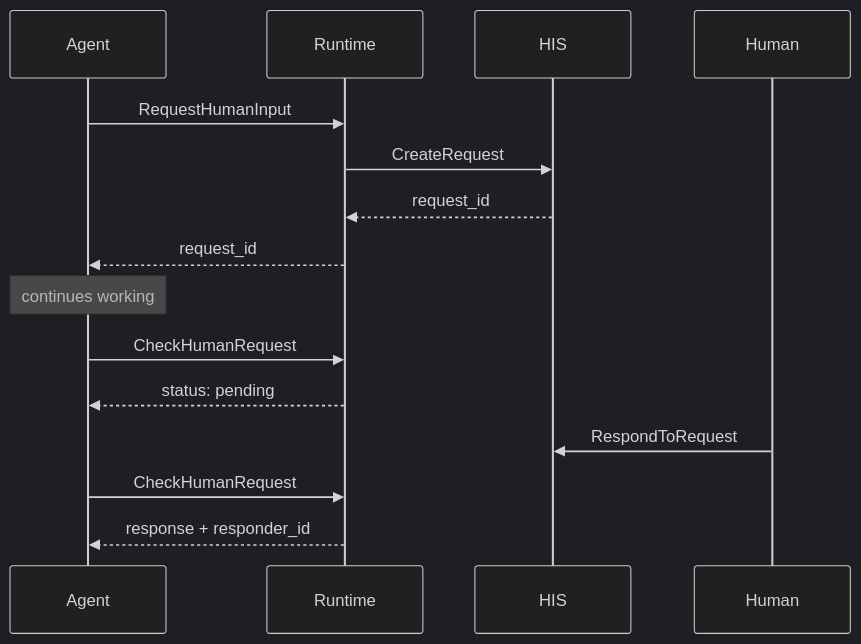
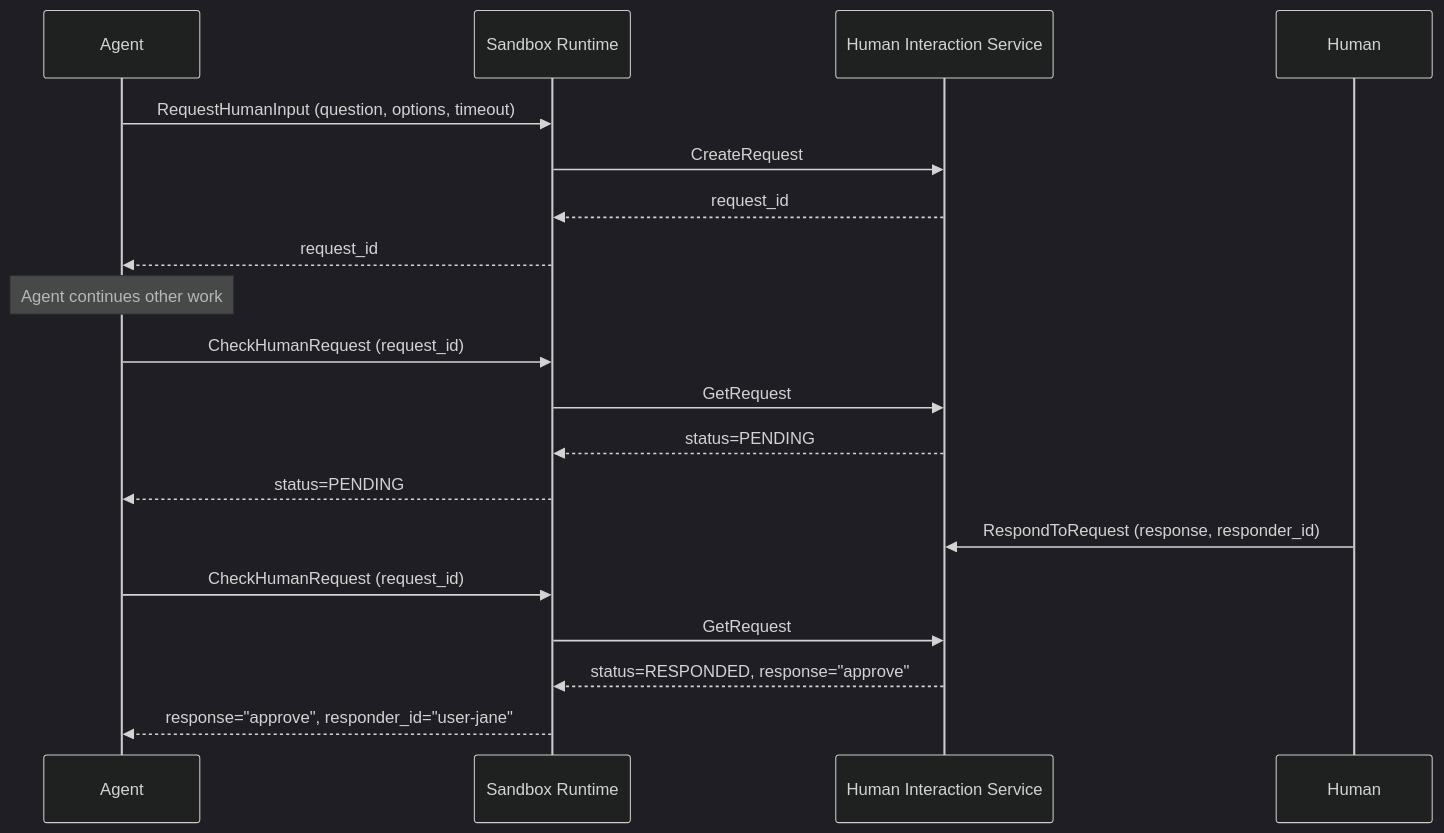
Before and after one commit to Baselyne-Systems/agent-sandbox-platform: the fourth of 4 diagrams in README.md, drawn with Mermaid (dark theme). The commit also changed other lines of this file, not shown here.

First line of the commit message:
Deepen core flow diagrams to show full task-to-sandbox lifecycle

````diff
--- a/README.md
+++ b/README.md
@@ -80,13 +116,26 @@
 ```mermaid
 sequenceDiagram
-    Agent->>Runtime: RequestHumanInput
-    Runtime->>HIS: CreateRequest
-    HIS-->>Runtime: request_id
-    Runtime-->>Agent: request_id
-    Note over Agent: continues working
-    Agent->>Runtime: CheckHumanRequest
-    Runtime-->>Agent: status: pending
-    Human->>HIS: RespondToRequest
-    Agent->>Runtime: CheckHumanRequest
-    Runtime-->>Agent: response + responder_id
+    participant Agent
+    participant RT as Sandbox Runtime
+    participant HIS as Human Interaction Service
+    participant Human
+
+    Agent->>RT: RequestHumanInput (question, options, timeout)
+    RT->>HIS: CreateRequest
+    HIS-->>RT: request_id
+    RT-->>Agent: request_id
+
+    Note over Agent: Agent continues other work
+
+    Agent->>RT: CheckHumanRequest (request_id)
+    RT->>HIS: GetRequest
+    HIS-->>RT: status=PENDING
+    RT-->>Agent: status=PENDING
+
+    Human->>HIS: RespondToRequest (response, responder_id)
+
+    Agent->>RT: CheckHumanRequest (request_id)
+    RT->>HIS: GetRequest
+    HIS-->>RT: status=RESPONDED, response="approve"
+    RT-->>Agent: response="approve", responder_id="user-jane"
 ```
````
